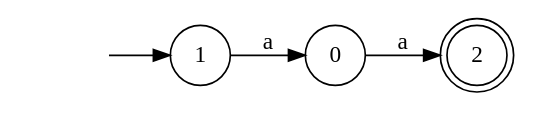
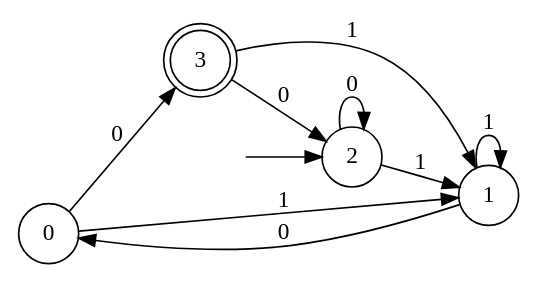
The diagram in dotfiles/DFA14.dot (Faymiaouent/Automa4U), drawn with Graphviz before and after one commit. The commit also changed 86 other files, not shown here.

```diff
--- a/dotfiles/DFA14.dot
+++ b/dotfiles/DFA14.dot
@@ -1,10 +1,17 @@
 digraph Automaton {
   rankdir = LR;
 node [shape=circle];
-  0 -> 2 [label="a"];
+  0 -> 3 [label="0"];
+  0 -> 1 [label="1"];
+node [shape=circle];
+  1 -> 0 [label="0"];
+  1 -> 1 [label="1"];
 node [shape=circle];
   initial [shape=plaintext,label=""];
-  initial -> 1
-  1 -> 0 [label="a"];
-2 [shape=doublecircle]; 
+  initial -> 2
+  2 -> 2 [label="0"];
+  2 -> 1 [label="1"];
+3 [shape=doublecircle]; 
+  3 -> 2 [label="0"];
+  3 -> 1 [label="1"];
 }
```
